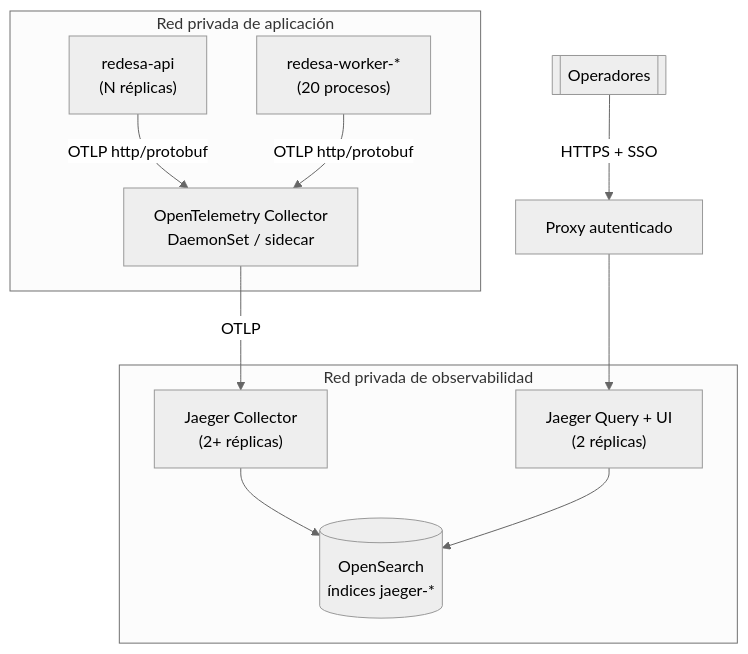
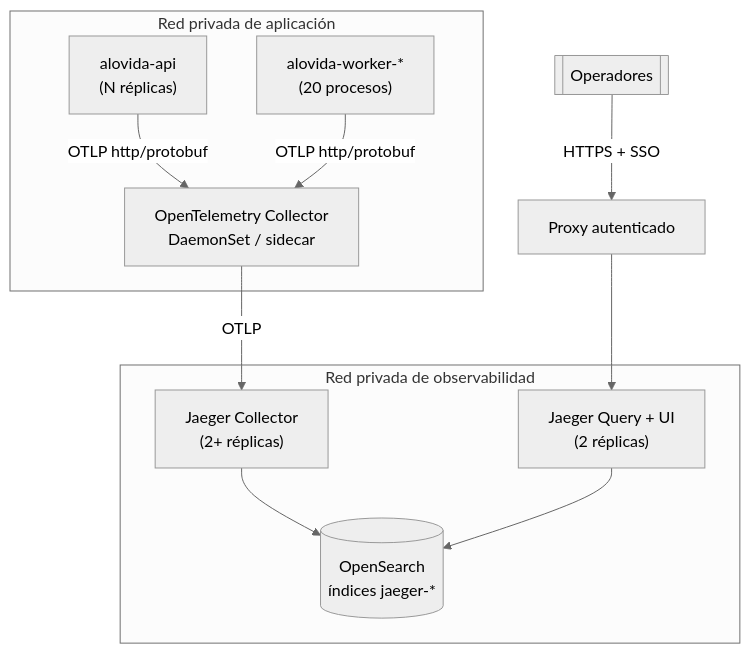
Before and after one commit to mdavila-2001/mantra-core-health-api: the diagram in docs/observability/03-production-topology.md, drawn with Mermaid (neutral theme). The commit also changed 143 other files, not shown here.

First line of the commit message:
refactor(marca): fuera REDESA y VITARA — el nombre es ALOVIDA

````diff
--- a/docs/observability/03-production-topology.md
+++ b/docs/observability/03-production-topology.md
@@ -20,22 +20,22 @@
 ```mermaid
 flowchart TB
   subgraph app["Red privada de aplicación"]
-    API["redesa-api<br/>(N réplicas)"]
-    WK["redesa-worker-*<br/>(20 procesos)"]
+    API["alovida-api<br/>(N réplicas)"]
+    WK["alovida-worker-*<br/>(20 procesos)"]
     COL["OpenTelemetry Collector<br/>DaemonSet / sidecar"]
     API -->|OTLP http/protobuf| COL
     WK -->|OTLP http/protobuf| COL
   end
 
   subgraph obs["Red privada de observabilidad"]
     JC["Jaeger Collector<br/>(2+ réplicas)"]
     JQ["Jaeger Query + UI<br/>(2 réplicas)"]
     ST[("OpenSearch<br/>índices jaeger-*")]
     COL -->|OTLP| JC
     JC --> ST
     JQ --> ST
   end
 
   OPS[[Operadores]] -->|HTTPS + SSO| PROXY[Proxy autenticado]
   PROXY --> JQ
 ```
````
